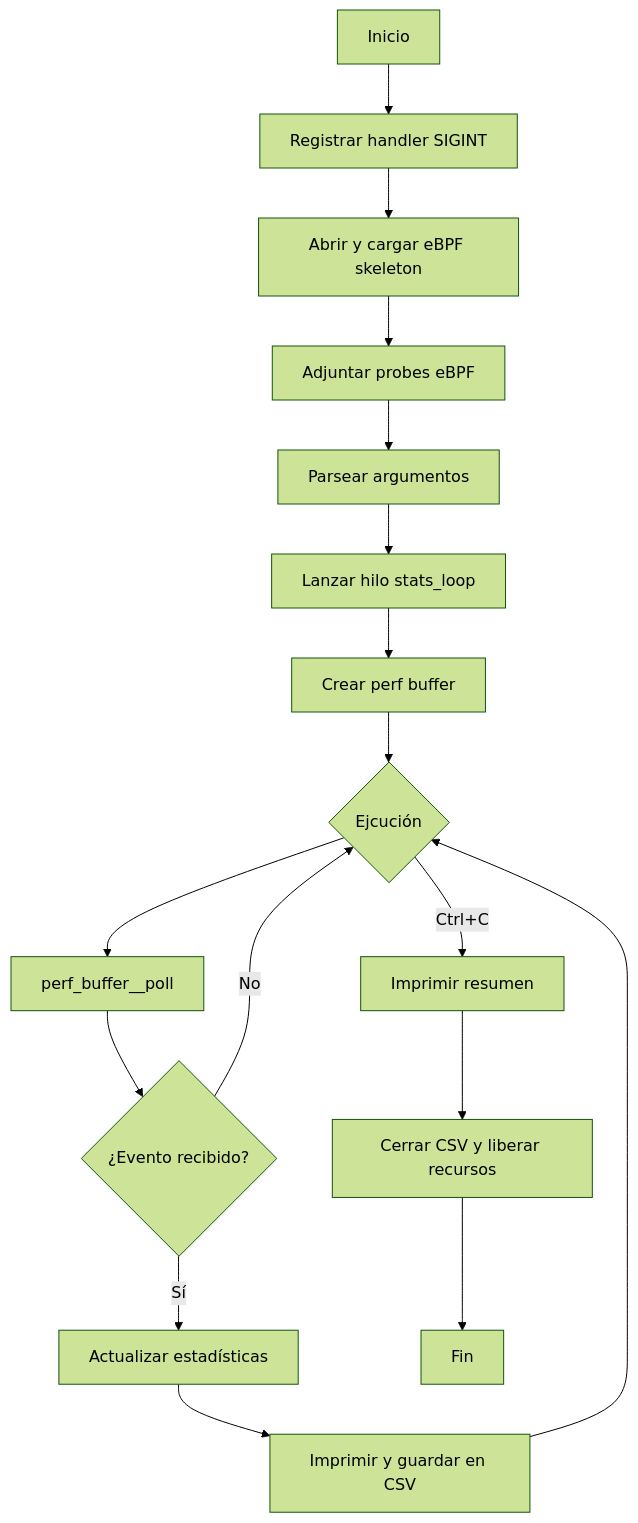
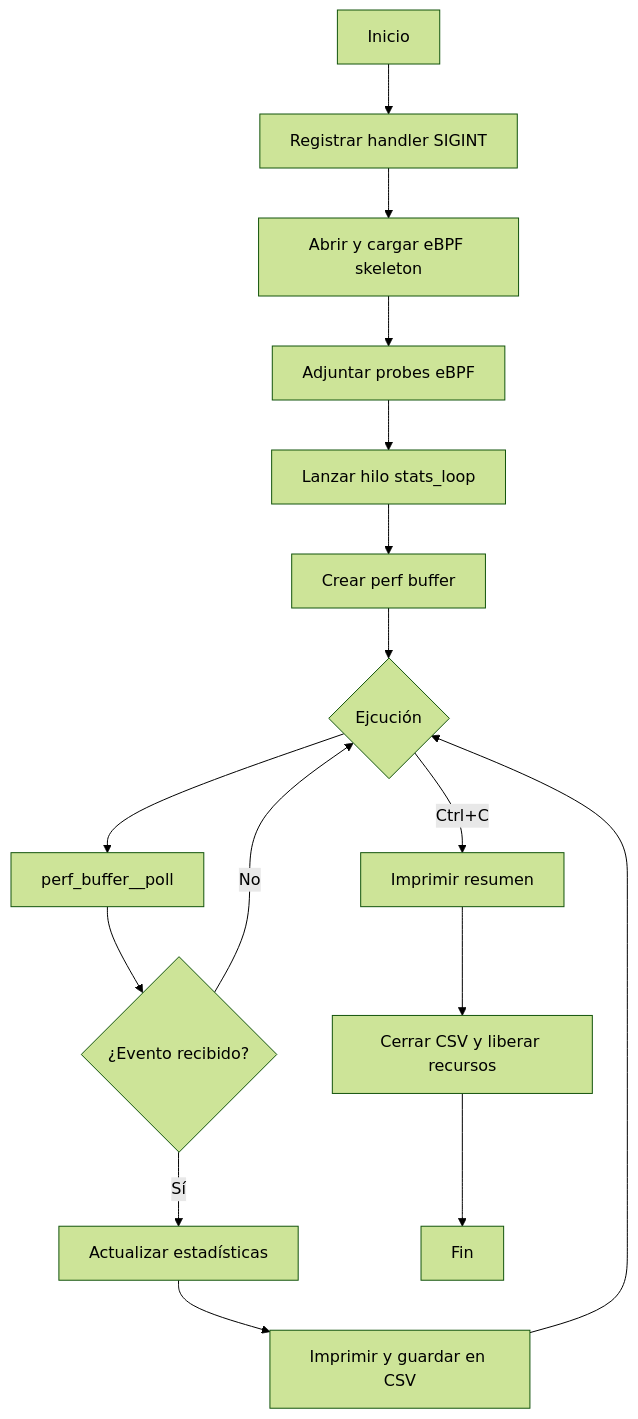
Before and after one commit to raxzers/diagrmas_mermaid: the diagram in dig_flujo_tfg.md, drawn with Mermaid (forest theme).

Commit message:
Simplify flowchart by removing redundant step

````diff
--- a/dig_flujo_tfg.md
+++ b/dig_flujo_tfg.md
@@ -1,19 +1,18 @@
 ```mermaid
 flowchart TD
     A[Inicio] --> B[Registrar handler SIGINT]
     B --> C[Abrir y cargar eBPF skeleton]
     C --> D[Adjuntar probes eBPF]
-    D --> E[Parsear argumentos ]
-    E -->  G[Lanzar hilo stats_loop]
+    D -->  G[Lanzar hilo stats_loop]
     G --> H[Crear perf buffer]
     H -->  J{Ejcución}
     J --> K[perf_buffer__poll]
     K --> L{¿Evento recibido?}
     L -- Sí --> M[Actualizar estadísticas]
     M -->  O[Imprimir y guardar en CSV]
     L -- No --> J
     O --> J
     J -- Ctrl+C --> Q[Imprimir resumen]
     Q --> R[Cerrar CSV y liberar recursos]
     R --> S[Fin]
 ```
````
